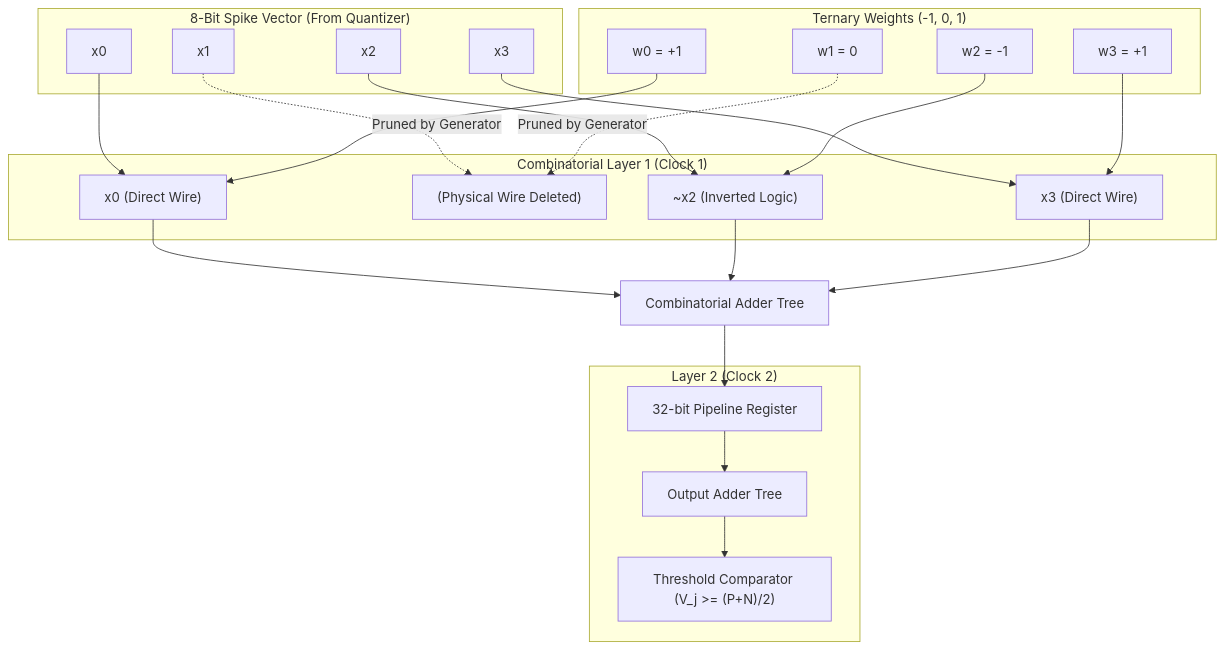
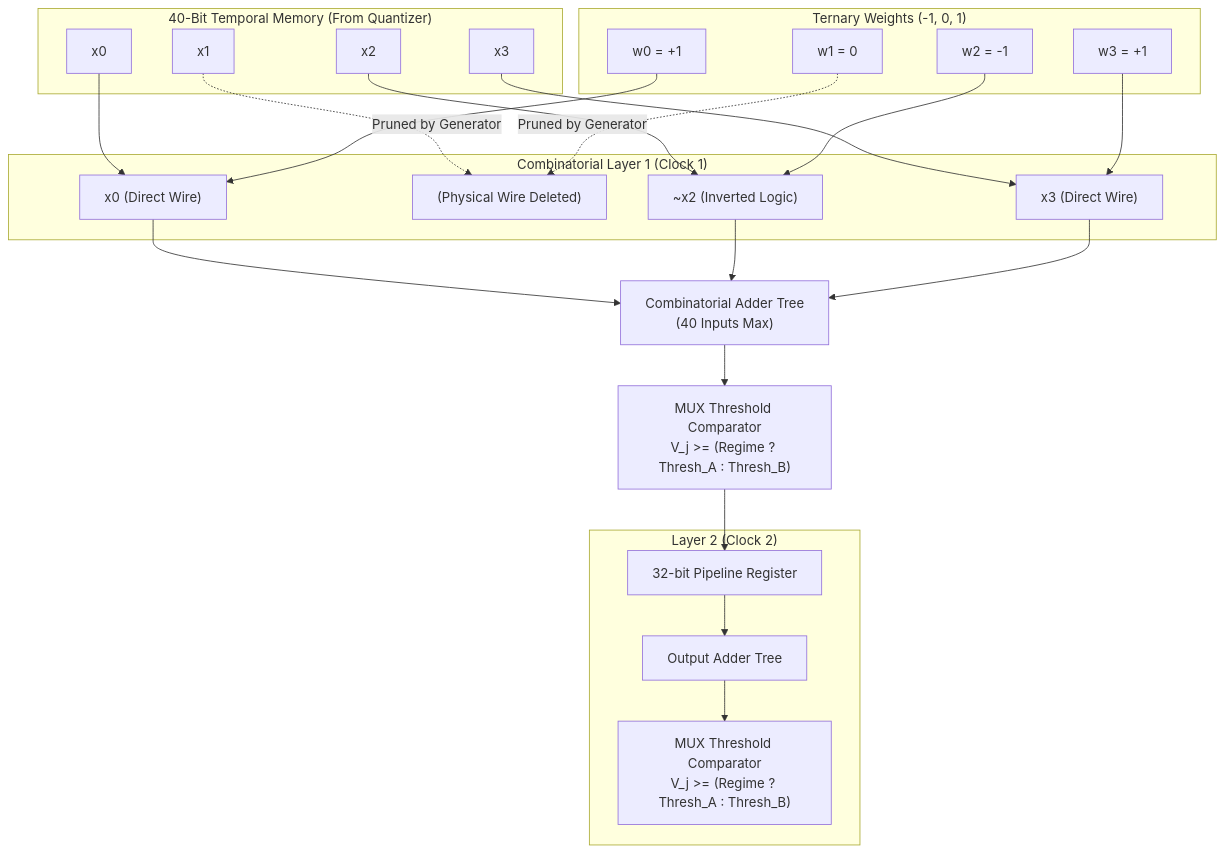
Before and after one commit to SushantGagneja/ultra-low-latency-ML-inference-on-FPGA: the second of 3 diagrams in README.md, drawn with Mermaid. The commit also changed other lines of this file, not shown here.

````diff
--- a/README.md
+++ b/README.md
@@ -113,39 +120,40 @@
 ```mermaid
 flowchart TD
-    subgraph Inputs ["8-Bit Spike Vector (From Quantizer)"]
+    subgraph Inputs ["40-Bit Temporal Memory (From Quantizer)"]
         I0[x0]
         I1[x1]
         I2[x2]
         I3[x3]
     end
 
     subgraph Weights ["Ternary Weights (-1, 0, 1)"]
         W0[w0 = +1]
         W1[w1 = 0]
         W2[w2 = -1]
         W3[w3 = +1]
     end
 
     subgraph Logic ["Combinatorial Layer 1 (Clock 1)"]
         X0["x0 (Direct Wire)"] 
         X1["(Physical Wire Deleted)"]
         X2["~x2 (Inverted Logic)"]
         X3["x3 (Direct Wire)"]
     end
 
     I0 & W0 --> X0
     I1 & W1 -. "Pruned by Generator" .-> X1
     I2 & W2 --> X2
     I3 & W3 --> X3
 
-    X0 --> SUM["Combinatorial Adder Tree"]
+    X0 --> SUM["Combinatorial Adder Tree\n(40 Inputs Max)"]
     X2 --> SUM
     X3 --> SUM
 
-    SUM --> REG["32-bit Pipeline Register"]
+    SUM --> COMP_H["MUX Threshold Comparator\nV_j >= (Regime ? Thresh_A : Thresh_B)"]
+    COMP_H --> REG["32-bit Pipeline Register"]
 
     subgraph Output ["Layer 2 (Clock 2)"]
         REG --> OUT_SUM["Output Adder Tree"]
-        OUT_SUM --> COMP["Threshold Comparator (V_j >= (P+N)/2)"]
+        OUT_SUM --> COMP["MUX Threshold Comparator\nV_j >= (Regime ? Thresh_A : Thresh_B)"]
     end
 ```
````
